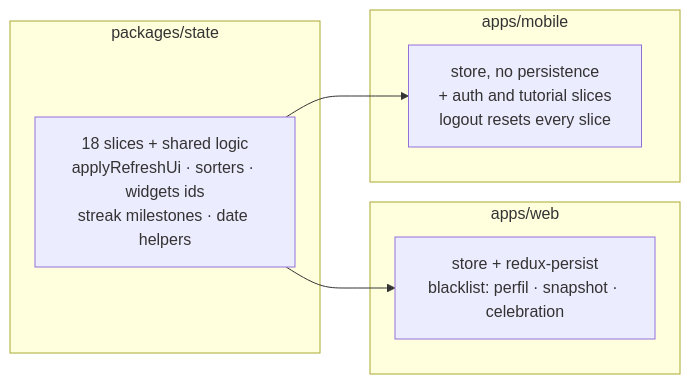
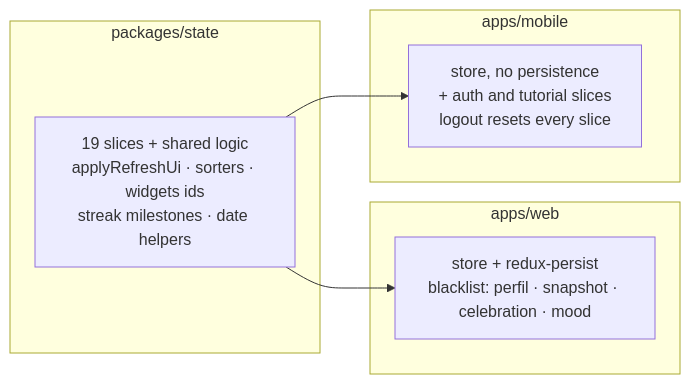
One commit to AndDev741/Beyou-arch-design changed the first of 2 diagrams in architecture/redux-data/en.md. Above: the diagram before and after it, drawn with Mermaid. The commit also changed other lines of this file and 15 other files, not shown here.

````diff
--- a/architecture/redux-data/en.md
+++ b/architecture/redux-data/en.md
@@ -12,17 +12,17 @@
 ```mermaid
 flowchart LR
   subgraph pkg["packages/state"]
-    SLICES["18 slices + shared logic<br/>applyRefreshUi · sorters · widgets ids<br/>streak milestones · date helpers"]
+    SLICES["19 slices + shared logic<br/>applyRefreshUi · sorters · widgets ids<br/>streak milestones · date helpers"]
   end
 
   subgraph web["apps/web"]
-    WSTORE["store + redux-persist<br/>blacklist: perfil · snapshot · celebration"]
+    WSTORE["store + redux-persist<br/>blacklist: perfil · snapshot · celebration · mood"]
   end
 
   subgraph mobile["apps/mobile"]
     MSTORE["store, no persistence<br/>+ auth and tutorial slices<br/>logout resets every slice"]
   end
 
   SLICES --> WSTORE
   SLICES --> MSTORE
 ```
````
